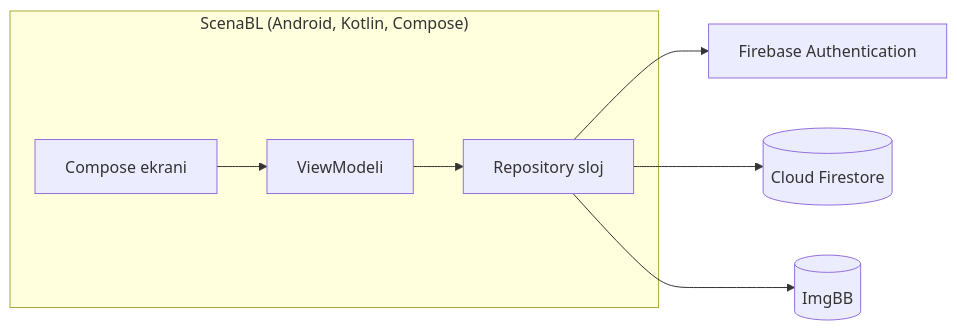
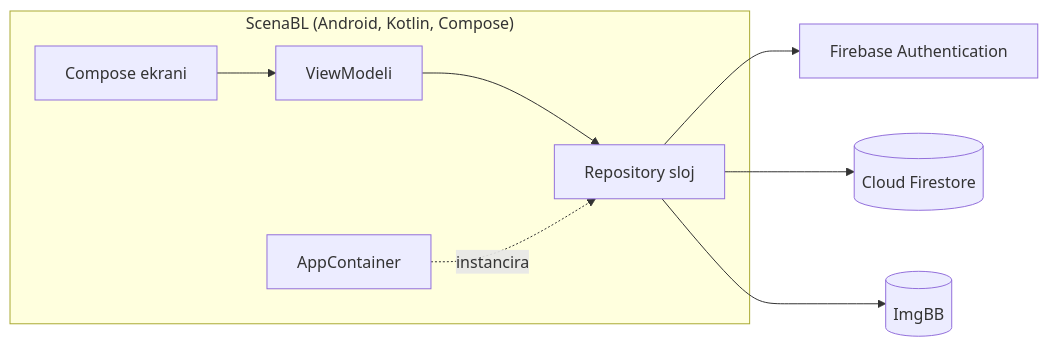
Before and after one commit to BorisPetkovic70/Development-of-mobile-Application---ScenaBL: the first of 2 diagrams in app/ai-context/ScenaBL_Improved_SRS.md, drawn with Mermaid. The commit also changed other lines of this file and 2 other files, not shown here.

````diff
--- a/app/ai-context/ScenaBL_Improved_SRS.md
+++ b/app/ai-context/ScenaBL_Improved_SRS.md
@@ -80,10 +62,11 @@
 ```mermaid
 flowchart LR
     subgraph Android["ScenaBL (Android, Kotlin, Compose)"]
         UI[Compose ekrani] --> VM[ViewModeli]
         VM --> REPO[Repository sloj]
+        DI[AppContainer] -.instancira.-> REPO
     end
     REPO --> AUTH[Firebase Authentication]
     REPO --> FS[(Cloud Firestore)]
     REPO --> STORAGE[(ImgBB)]
 ```
````
